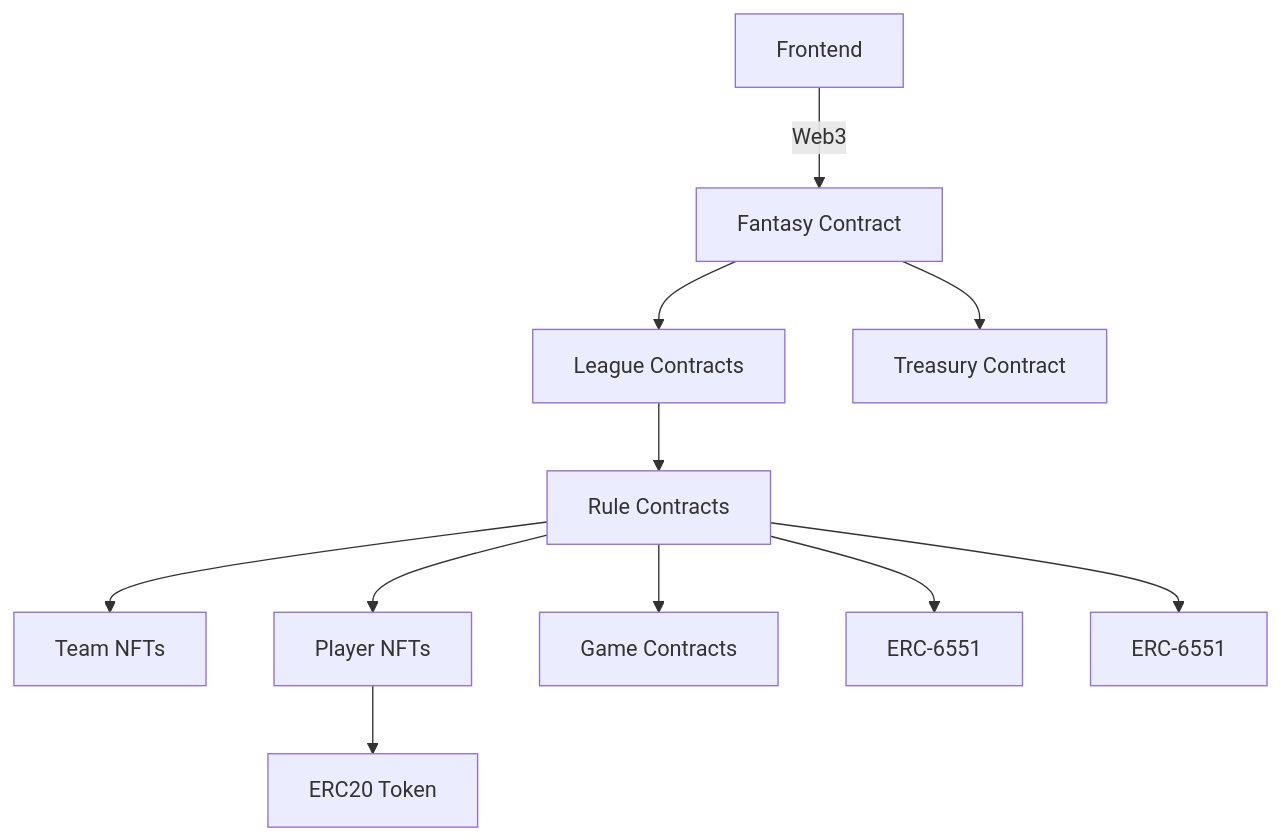
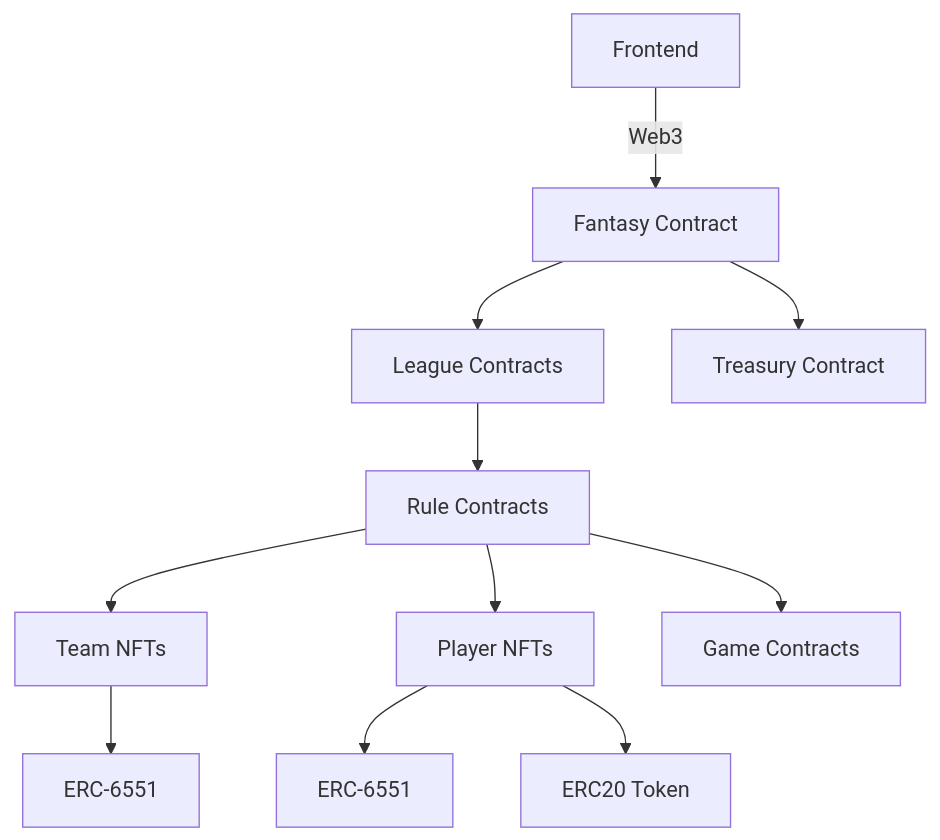
The second of 2 diagrams in README.MD (boilerrat/SolidityBaseball), drawn with Mermaid before and after one commit.

````diff
--- a/README.MD
+++ b/README.MD
@@ -78,13 +78,13 @@
 ```mermaid
 graph TD;
     A[Frontend] -->|Web3| B[Fantasy Contract];
     B --> C[League Contracts]
     C --> D[Rule Contracts]
     D --> E[Team NFTs];
     D --> F[Player NFTs];
     D --> G[Game Contracts];
     B --> H[Treasury Contract];
-    D --> I[ERC-6551];
-    D --> J[ERC-6551];
+    F --> I[ERC-6551];
+    E --> J[ERC-6551];
     F --> K[ERC20 Token];
 ```
````
